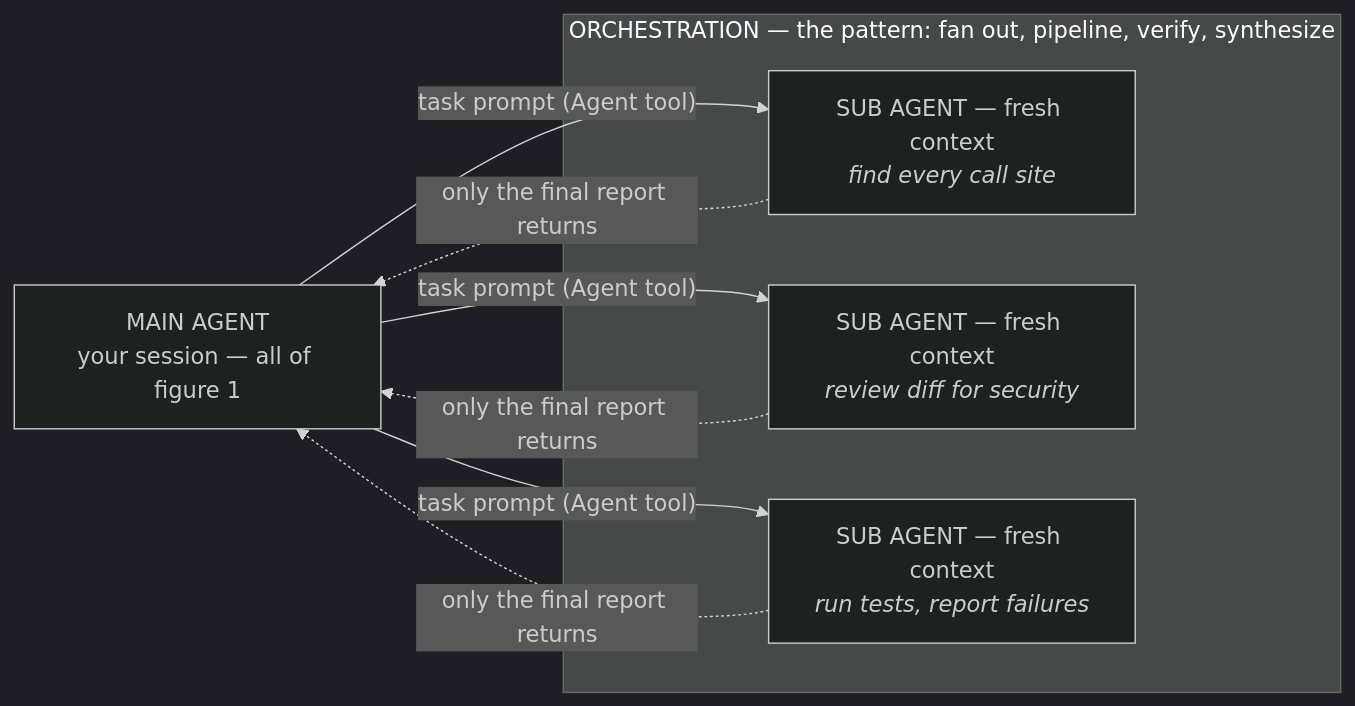
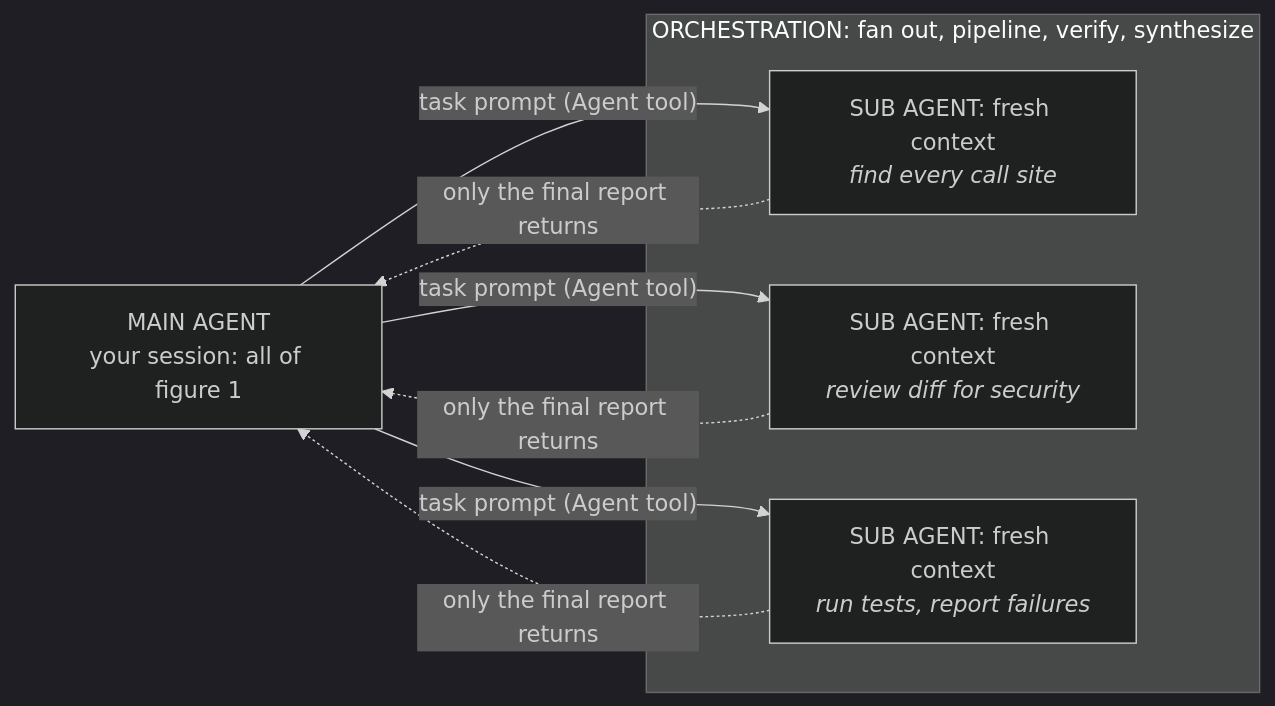
The second of 2 diagrams in docs/agent-anatomy.md (Hermanlangner/market-place-setup), drawn with Mermaid (dark theme) before and after one commit. The commit also changed other lines of this file and 23 other files, not shown here.

````diff
--- a/docs/agent-anatomy.md
+++ b/docs/agent-anatomy.md
@@ -33,11 +34,11 @@
 ```mermaid
 flowchart LR
-  MA["MAIN AGENT<br/>your session — all of figure 1"]
-  subgraph O["ORCHESTRATION — the pattern: fan out, pipeline, verify, synthesize"]
-    S1["SUB AGENT — fresh context<br/><i>find every call site</i>"]
-    S2["SUB AGENT — fresh context<br/><i>review diff for security</i>"]
-    S3["SUB AGENT — fresh context<br/><i>run tests, report failures</i>"]
+  MA["MAIN AGENT<br/>your session: all of figure 1"]
+  subgraph O["ORCHESTRATION: fan out, pipeline, verify, synthesize"]
+    S1["SUB AGENT: fresh context<br/><i>find every call site</i>"]
+    S2["SUB AGENT: fresh context<br/><i>review diff for security</i>"]
+    S3["SUB AGENT: fresh context<br/><i>run tests, report failures</i>"]
   end
   MA -- "task prompt (Agent tool)" --> S1 & S2 & S3
   S1 & S2 & S3 -. "only the final report returns" .-> MA
 ```
````
